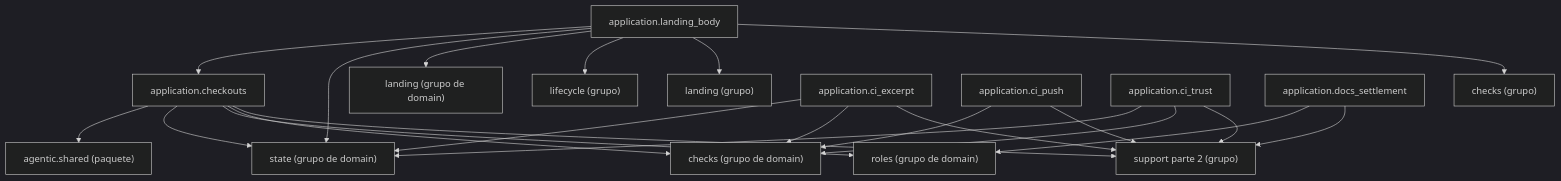
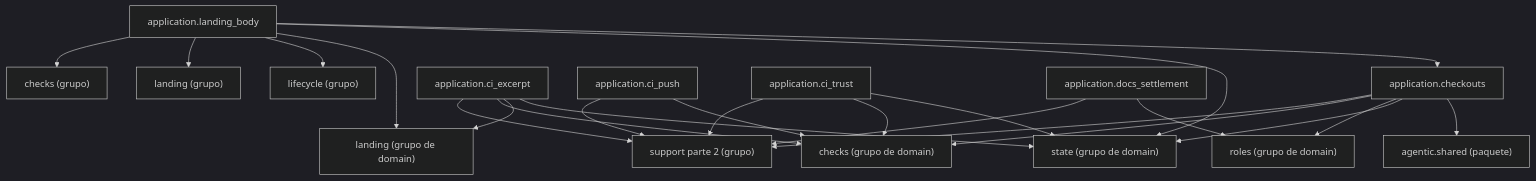
Before and after one commit to GonzaloZevallos/agentic-system: the diagram in docs/architecture/generated/packages-process-application-support-1.md, drawn with Mermaid (dark theme). The commit also changed 5 other files, not shown here.

````diff
--- a/docs/architecture/generated/packages-process-application-support-1.md
+++ b/docs/architecture/generated/packages-process-application-support-1.md
@@ -17,39 +17,40 @@
 ```mermaid
 graph TD
     g_application__checks["checks (grupo)"]
     g_application__landing["landing (grupo)"]
     g_application__lifecycle["lifecycle (grupo)"]
     g_application__support__2["support parte 2 (grupo)"]
     g_domain__checks["checks (grupo de domain)"]
     g_domain__landing["landing (grupo de domain)"]
     g_domain__roles["roles (grupo de domain)"]
     g_domain__state["state (grupo de domain)"]
     g_pkg__agentic__shared["agentic.shared (paquete)"]
     m_application__checkouts["application.checkouts"]
     m_application__ci_excerpt["application.ci_excerpt"]
     m_application__ci_push["application.ci_push"]
     m_application__ci_trust["application.ci_trust"]
     m_application__docs_settlement["application.docs_settlement"]
     m_application__landing_body["application.landing_body"]
     m_application__checkouts --> g_application__support__2
     m_application__checkouts --> g_domain__checks
     m_application__checkouts --> g_domain__roles
     m_application__checkouts --> g_domain__state
     m_application__checkouts --> g_pkg__agentic__shared
     m_application__ci_excerpt --> g_application__support__2
     m_application__ci_excerpt --> g_domain__checks
+    m_application__ci_excerpt --> g_domain__landing
     m_application__ci_excerpt --> g_domain__state
     m_application__ci_push --> g_application__support__2
     m_application__ci_push --> g_domain__checks
     m_application__ci_trust --> g_application__support__2
     m_application__ci_trust --> g_domain__checks
     m_application__ci_trust --> g_domain__state
     m_application__docs_settlement --> g_application__support__2
     m_application__docs_settlement --> g_domain__roles
     m_application__landing_body --> g_application__checks
     m_application__landing_body --> g_application__landing
     m_application__landing_body --> g_application__lifecycle
     m_application__landing_body --> g_domain__landing
     m_application__landing_body --> g_domain__state
     m_application__landing_body --> m_application__checkouts
 ```
````
